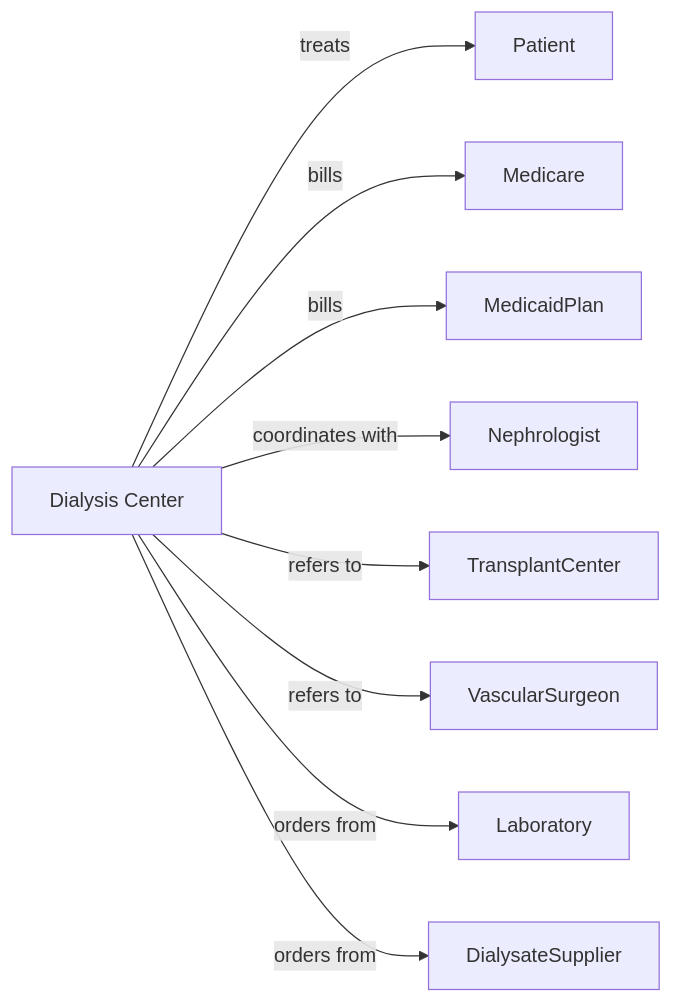
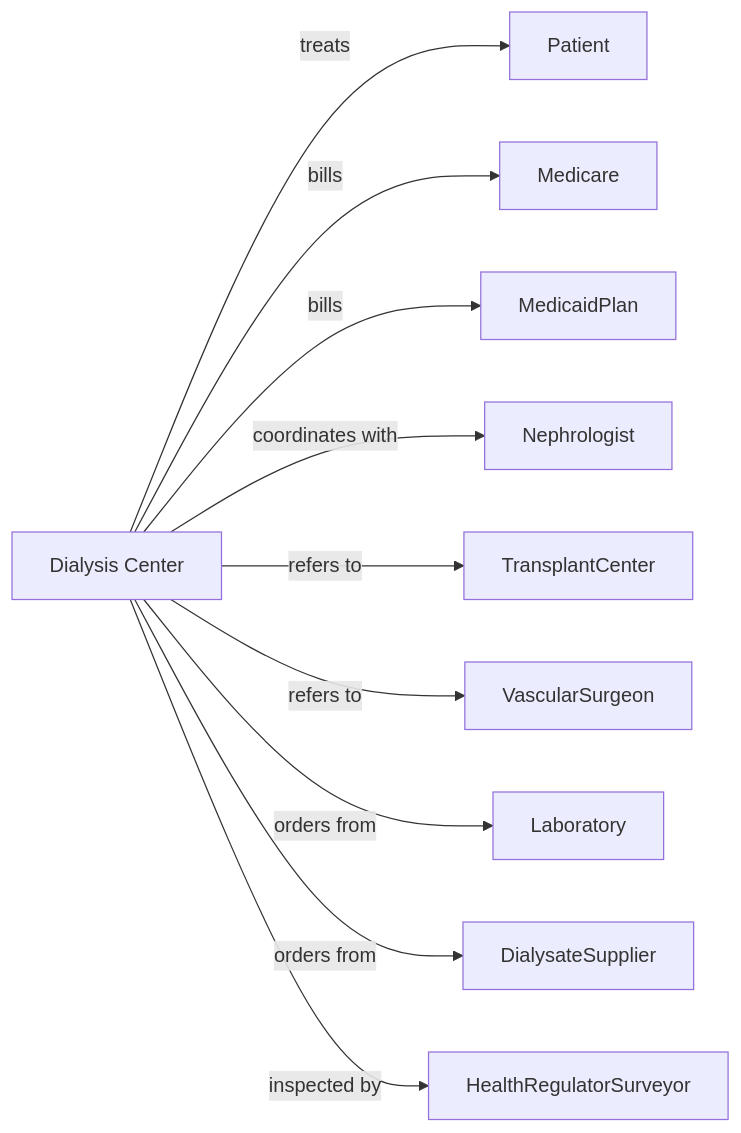
One commit to dot-org-ai/industries.org.ai changed the second of 2 diagrams in HealthCare/AmbulatoryHealthCareServices/OutpatientCareCenters/KidneyDialysisCenters.mdx. Above: the diagram before and after it, drawn with Mermaid. The commit also changed 588 other files, not shown here.

````diff
--- a/HealthCare/AmbulatoryHealthCareServices/OutpatientCareCenters/KidneyDialysisCenters.mdx
+++ b/HealthCare/AmbulatoryHealthCareServices/OutpatientCareCenters/KidneyDialysisCenters.mdx
@@ -143,13 +143,14 @@
 ```mermaid
 graph LR
     D[Dialysis Center]
 
     D -->|treats| Patient
     D -->|bills| Medicare
     D -->|bills| MedicaidPlan
     D -->|coordinates with| Nephrologist
     D -->|refers to| TransplantCenter
     D -->|refers to| VascularSurgeon
     D -->|orders from| Laboratory
     D -->|orders from| DialysateSupplier
+    D -->|inspected by| HealthRegulatorSurveyor
 ```
````
